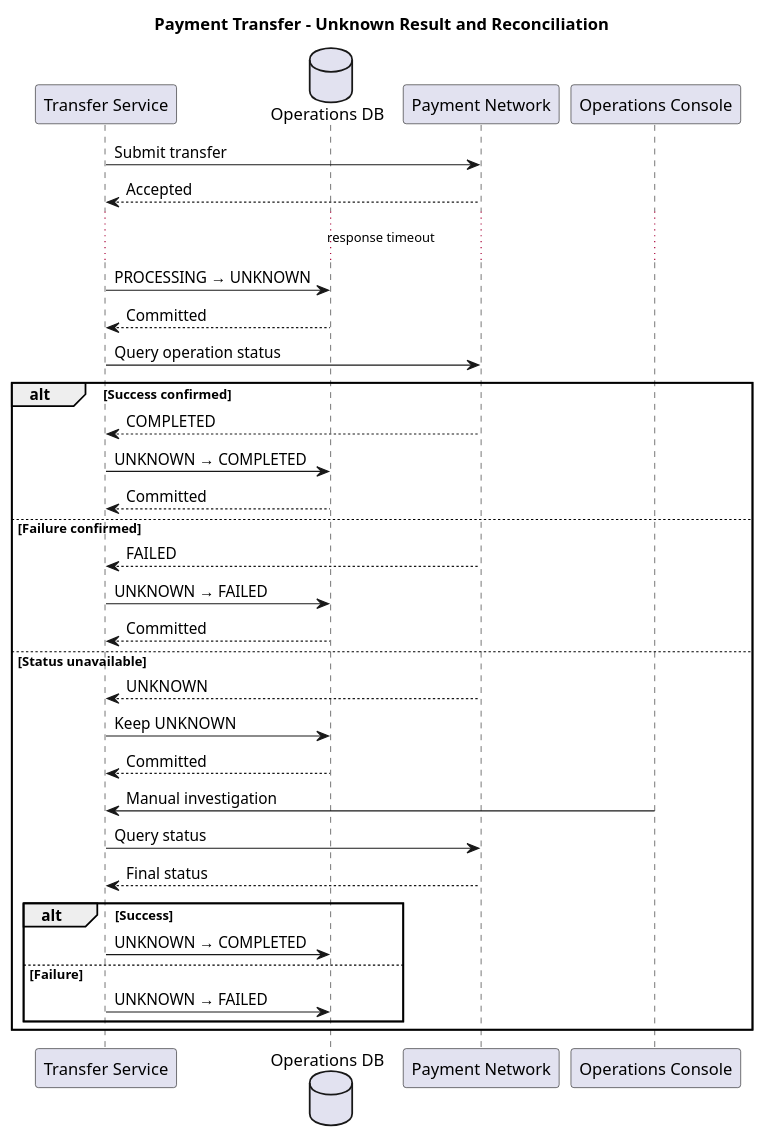
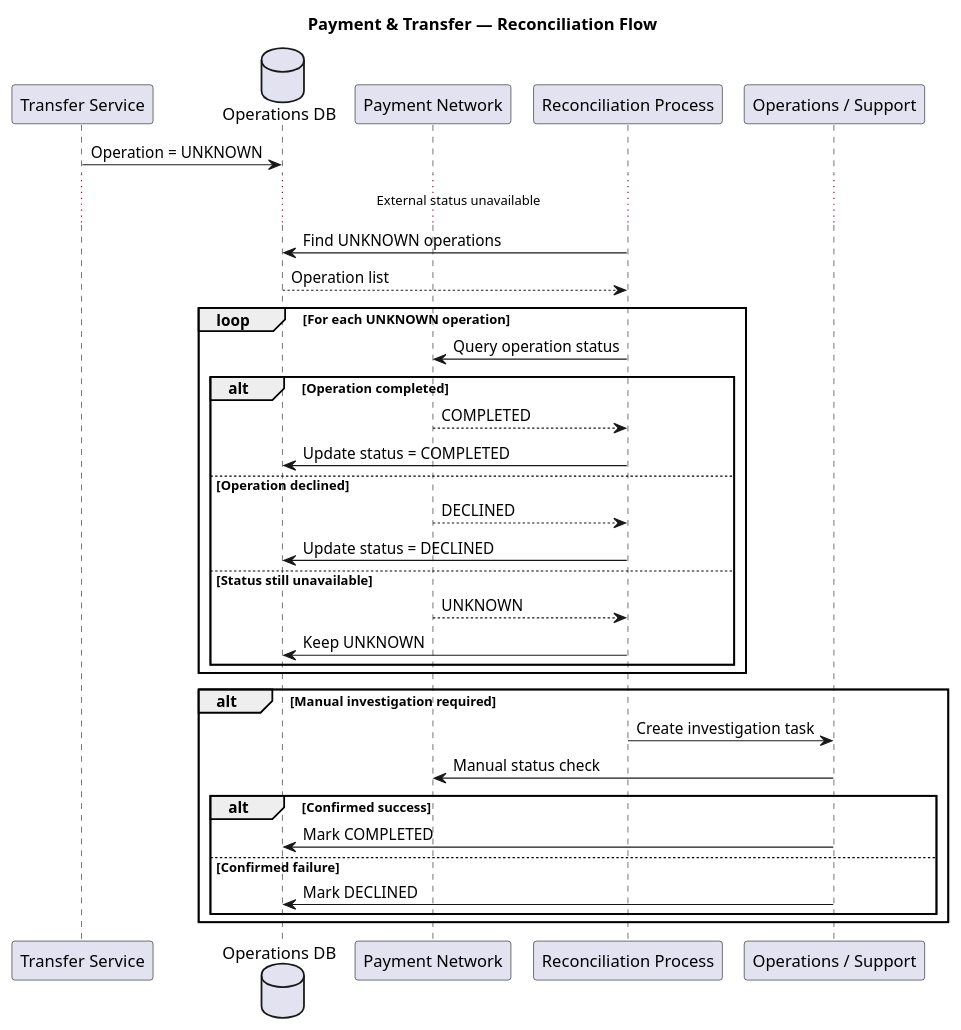
Before and after one commit to konstantin-kuzovkin/architecture-portfolio: the diagram in 01-payment-transfer-architecture/diagrams/reconciliation.puml, drawn with PlantUML.

```diff
--- a/01-payment-transfer-architecture/diagrams/reconciliation.puml
+++ b/01-payment-transfer-architecture/diagrams/reconciliation.puml
@@ -1,34 +1,34 @@
 @startuml
-title Payment Transfer - Unknown Result and Reconciliation
-participant "Transfer Service" as TS
+title Payment & Transfer — Reconciliation Flow
+participant "Transfer Service" as Transfer
 database "Operations DB" as DB
-participant "Payment Network" as PSP
-participant "Operations Console" as Ops
-TS -> PSP : Submit transfer
-PSP --> TS : Accepted
-... response timeout ...
-TS -> DB : PROCESSING → UNKNOWN
-DB --> TS : Committed
-TS -> PSP : Query operation status
-alt Success confirmed
-    PSP --> TS : COMPLETED
-    TS -> DB : UNKNOWN → COMPLETED
-    DB --> TS : Committed
-else Failure confirmed
-    PSP --> TS : FAILED
-    TS -> DB : UNKNOWN → FAILED
-    DB --> TS : Committed
-else Status unavailable
-    PSP --> TS : UNKNOWN
-    TS -> DB : Keep UNKNOWN
-    DB --> TS : Committed
-    Ops -> TS : Manual investigation
-    TS -> PSP : Query status
-    PSP --> TS : Final status
-    alt Success
-        TS -> DB : UNKNOWN → COMPLETED
-    else Failure
-        TS -> DB : UNKNOWN → FAILED
+participant "Payment Network" as Network
+participant "Reconciliation Process" as Recon
+participant "Operations / Support" as Support
+Transfer -> DB : Operation = UNKNOWN
+... External status unavailable ...
+Recon -> DB : Find UNKNOWN operations
+DB --> Recon : Operation list
+loop For each UNKNOWN operation
+    Recon -> Network : Query operation status
+    alt Operation completed
+        Network --> Recon : COMPLETED
+        Recon -> DB : Update status = COMPLETED
+    else Operation declined
+        Network --> Recon : DECLINED
+        Recon -> DB : Update status = DECLINED
+    else Status still unavailable
+        Network --> Recon : UNKNOWN
+        Recon -> DB : Keep UNKNOWN
+    end
+end
+alt Manual investigation required
+    Recon -> Support : Create investigation task
+    Support -> Network : Manual status check
+    alt Confirmed success
+        Support -> DB : Mark COMPLETED
+    else Confirmed failure
+        Support -> DB : Mark DECLINED
     end
 end
 @enduml
```
